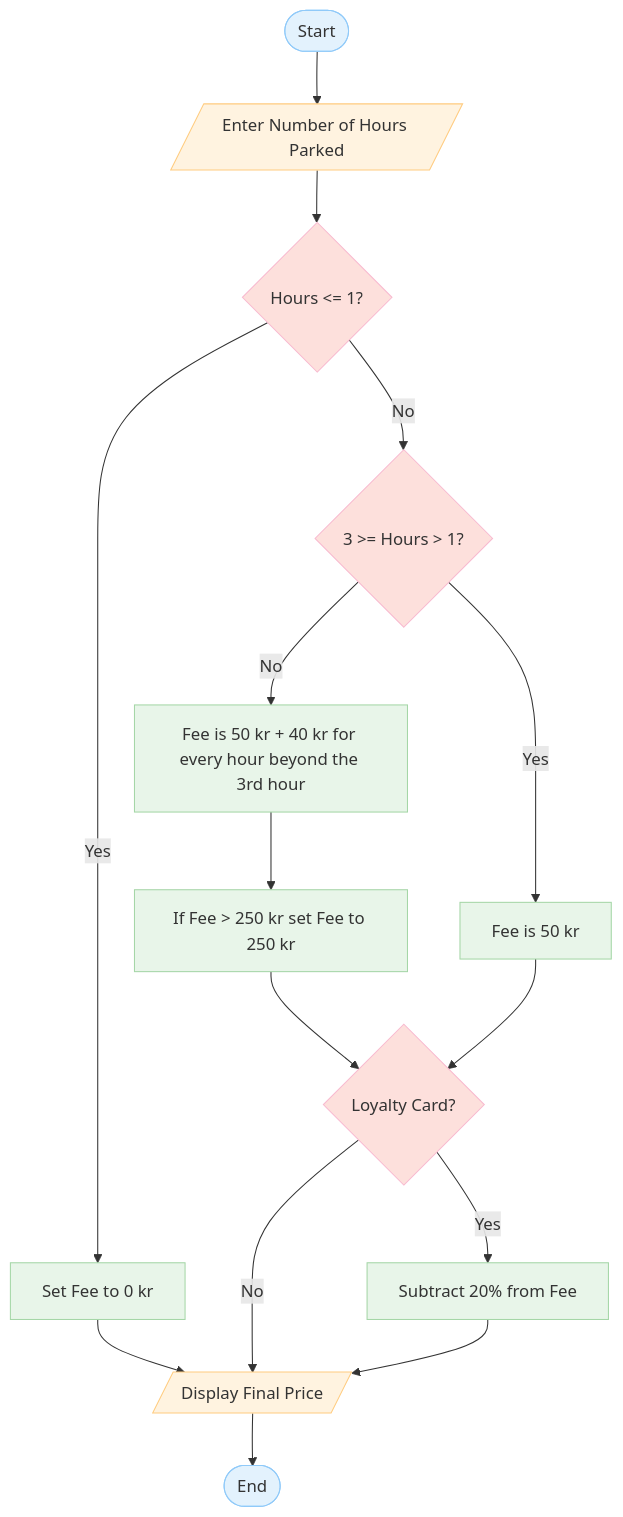
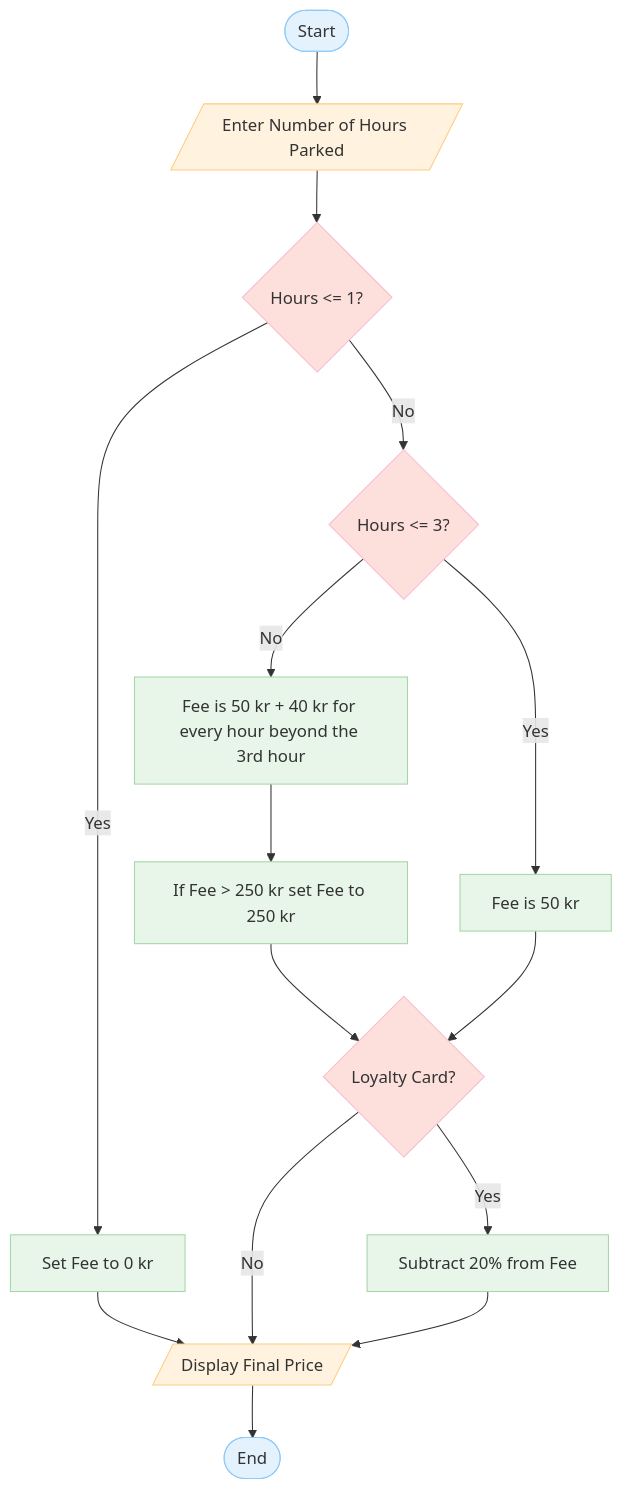
One commit to joelBIT/workshop-pseudocode-flowcharts changed the fifth of 5 diagrams in README.md. Above: the diagram before and after it, drawn with Mermaid. The commit also changed other lines of this file, not shown here.

````diff
--- a/README.md
+++ b/README.md
@@ -177,23 +177,23 @@
 ```mermaid
 flowchart TD
     A([Start]):::term --> B[/Enter Number of Hours Parked/]:::io
     B --> C{Hours <= 1?}:::dec
-    C -- No --> D{3 >= Hours > 1?}:::dec
+    C -- No --> D{Hours <= 3?}:::dec
     C -- Yes --> E[Set Fee to 0 kr]:::proc
     E --> Z[/Display Final Price/]:::io
     Y -- No --> Z[/Display Final Price/]:::io
     Y -- Yes --> W[Subtract 20% from Fee]:::proc
     W --> Z[/Display Final Price/]:::io
     D -- No --> G[Fee is 50 kr + 40 kr for every hour beyond the 3rd hour]:::proc
     D -- Yes --> F[Fee is 50 kr]:::proc
     G --> H[If Fee > 250 kr set Fee to 250 kr]:::proc
     H --> Y{Loyalty Card?}:::dec
     F --> Y{Loyalty Card?}:::dec
     Z --> X([End]):::term
     
 
 classDef term fill:#e3f2fd,stroke:#90caf9,color:#333,stroke-width:1px;
 classDef io fill:#fff3e0,stroke:#ffcc80,color:#333,stroke-width:1px;
 classDef dec fill:#fde0dc,stroke:#f8bbd0,color:#333,stroke-width:1px;
 classDef proc fill:#e8f5e9,stroke:#a5d6a7,color:#333,stroke-width:1px;
 ```
````
